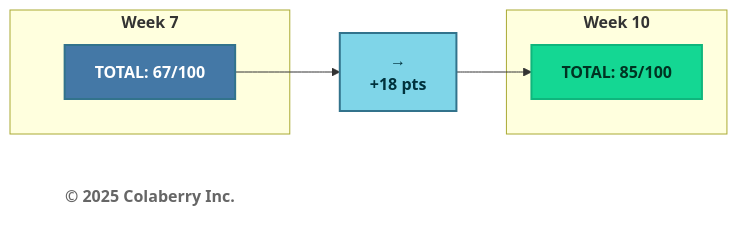
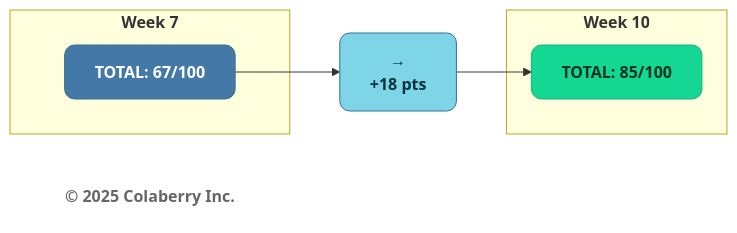
One commit to colaberry/trust-before-intelligence-book changed diagram 12 of 14 in manuscript/07_chapter_6_transparency_orchestration_layers.md. Above: the diagram before and after it, drawn with Mermaid. The commit also changed other lines of this file and 12 other files, not shown here.

````diff
--- a/manuscript/07_chapter_6_transparency_orchestration_layers.md
+++ b/manuscript/07_chapter_6_transparency_orchestration_layers.md
@@ -1171,21 +1171,21 @@
 ```mermaid
 graph LR
     subgraph "<b>Week 7</b>"
         W7["<b>TOTAL: 67/100</b>"]
     end
     
     Arrow["<b>→</b><br/><b>+18 pts</b>"]
     
     subgraph "<b>Week 10</b>"
         W10["<b>TOTAL: 85/100</b>"]
     end
     
     Copyright["<b>© 2025 Colaberry Inc.</b>"]
     
     W7 --> Arrow --> W10
     
-    style W7 fill:#4478A6,stroke:#32738C,stroke-width:2px,color:#ffffff
-    style Arrow fill:#7FD5E8,stroke:#32738C,stroke-width:2px,color:#00323D
-    style W10 fill:#14D793,color:#003322,stroke:#0FB67D,stroke-width:2px
-    style Copyright fill:#ffffff,stroke:none,color:#666666
+    style W7 fill:#4478A6,stroke:#32738C,stroke-width:1px,color:#ffffff,rx:10,ry:10
+    style Arrow fill:#7FD5E8,stroke:#32738C,stroke-width:1px,color:#00323D,rx:10,ry:10
+    style W10 fill:#14D793,color:#003322,stroke:#0FB67D,stroke-width:1px,rx:10,ry:10
+    style Copyright fill:none,stroke:none,color:#666666
 ```
````
